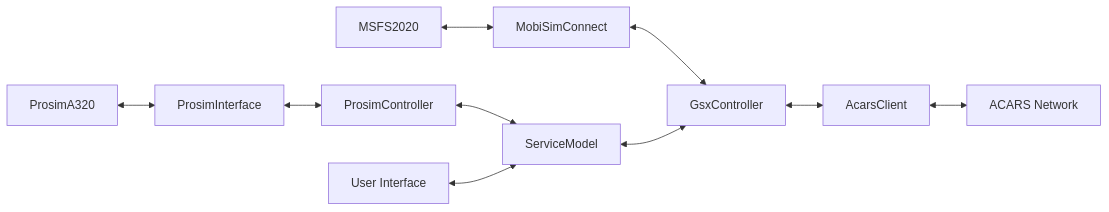
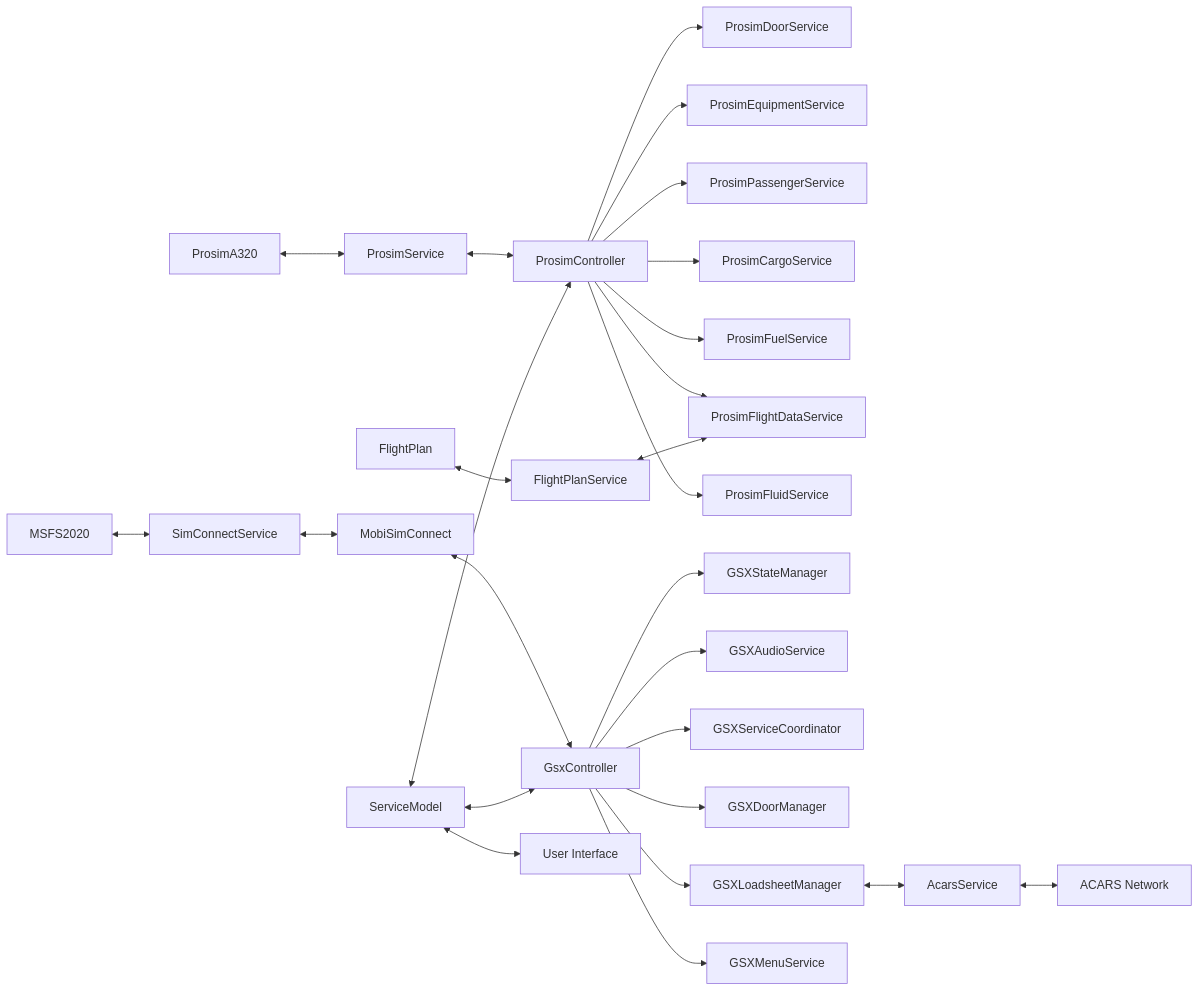
Before and after one commit to psyraxaus/Prosim2GSX: the third of 3 diagrams in memory-bank/systemPatterns.md, drawn with Mermaid. The commit also changed other lines of this file and 13 other files, not shown here.

Commit message:
comprehensive plan for further modularizing the GsxController

````diff
--- a/memory-bank/systemPatterns.md
+++ b/memory-bank/systemPatterns.md
@@ -167,10 +313,32 @@
 ```mermaid
 flowchart LR
-    A[ProsimA320] <--> B[ProsimInterface]
+    A[ProsimA320] <--> B[ProsimService]
     B <--> C[ProsimController]
-    D[MSFS2020] <--> E[MobiSimConnect]
-    E <--> F[GsxController]
-    C <--> G[ServiceModel] <--> F
-    H[User Interface] <--> G
-    F <--> I[AcarsClient] <--> J[ACARS Network]
+    D[MSFS2020] <--> E[SimConnectService]
+    E <--> F[MobiSimConnect]
+    F <--> G[GsxController]
+    
+    C --> PS1[ProsimDoorService]
+    C --> PS2[ProsimEquipmentService]
+    C --> PS3[ProsimPassengerService]
+    C --> PS4[ProsimCargoService]
+    C --> PS5[ProsimFuelService]
+    C --> PS6[ProsimFlightDataService]
+    C --> PS7[ProsimFluidService]
+    
+    G --> GS1[GSXStateManager]
+    G --> GS2[GSXAudioService]
+    G --> GS3[GSXServiceCoordinator]
+    G --> GS4[GSXDoorManager]
+    G --> GS5[GSXLoadsheetManager]
+    G --> GS6[GSXMenuService]
+    
+    H[FlightPlan] <--> FPS[FlightPlanService]
+    FPS <--> PS6
+    
+    GS5 <--> AC[AcarsService] <--> ACN[ACARS Network]
+    
+    SM[ServiceModel] <--> G
+    SM <--> C
+    SM <--> UI[User Interface]
 ```
````
